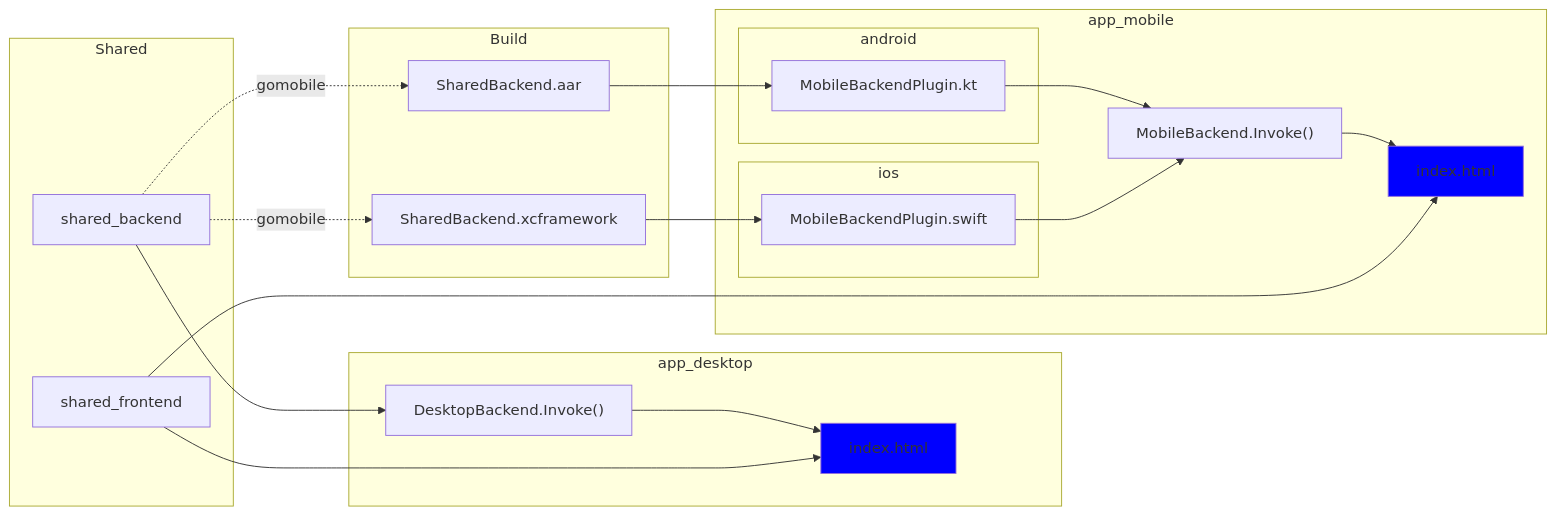
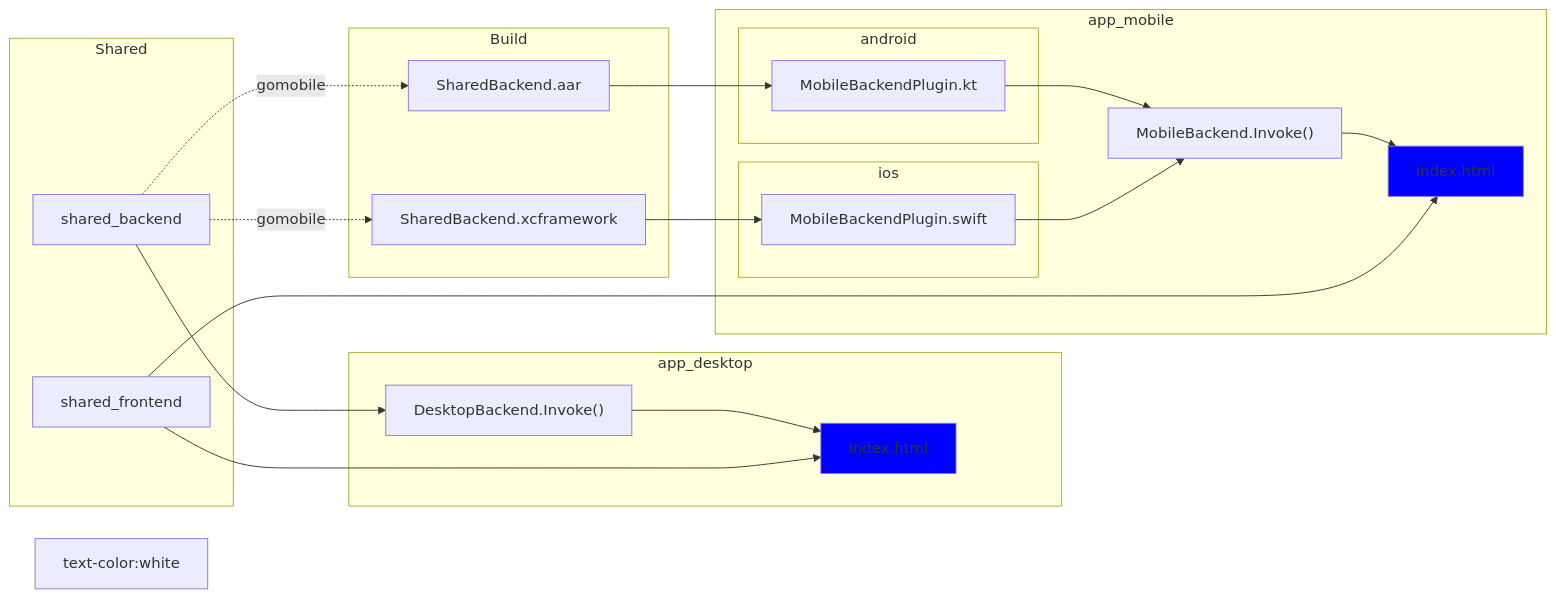
One commit to appgood/outline-sdk changed the diagram in x/examples/outline-connectivity-app/README.md. Above: the diagram before and after it, drawn with Mermaid. The commit also changed other lines of this file, not shown here.

Commit message:
fix diagram and add TODO for generic parser

````diff
--- a/x/examples/outline-connectivity-app/README.md
+++ b/x/examples/outline-connectivity-app/README.md
@@ -15,40 +15,40 @@
 ```mermaid
 graph LR
   subgraph Shared
     A["shared_backend"]
     B["shared_frontend"]
   end
   subgraph Build
     C["SharedBackend.xcframework"]
     D["SharedBackend.aar"]
   end
   subgraph app_desktop
     H["index.html"]
     G["DesktopBackend.Invoke()"]
   end
   subgraph app_mobile
     subgraph ios
       I["MobileBackendPlugin.swift"]
     end
     subgraph android
       J["MobileBackendPlugin.kt"]
     end
     K["index.html"]
     L["MobileBackend.Invoke()"]
   end
 
   A -.-> |gomobile| C
   A -.-> |gomobile| D
   A --> G
   B --> H
   B --> K
   C --> I
   D --> J
   I --> L
   J --> L
   L --> K
   G --> H
 
-  style K fill:blue;
-  style H fill:blue;
+  style K fill:blue;text-color:white;
+  style H fill:blue;text-color:white;
 ```
````
